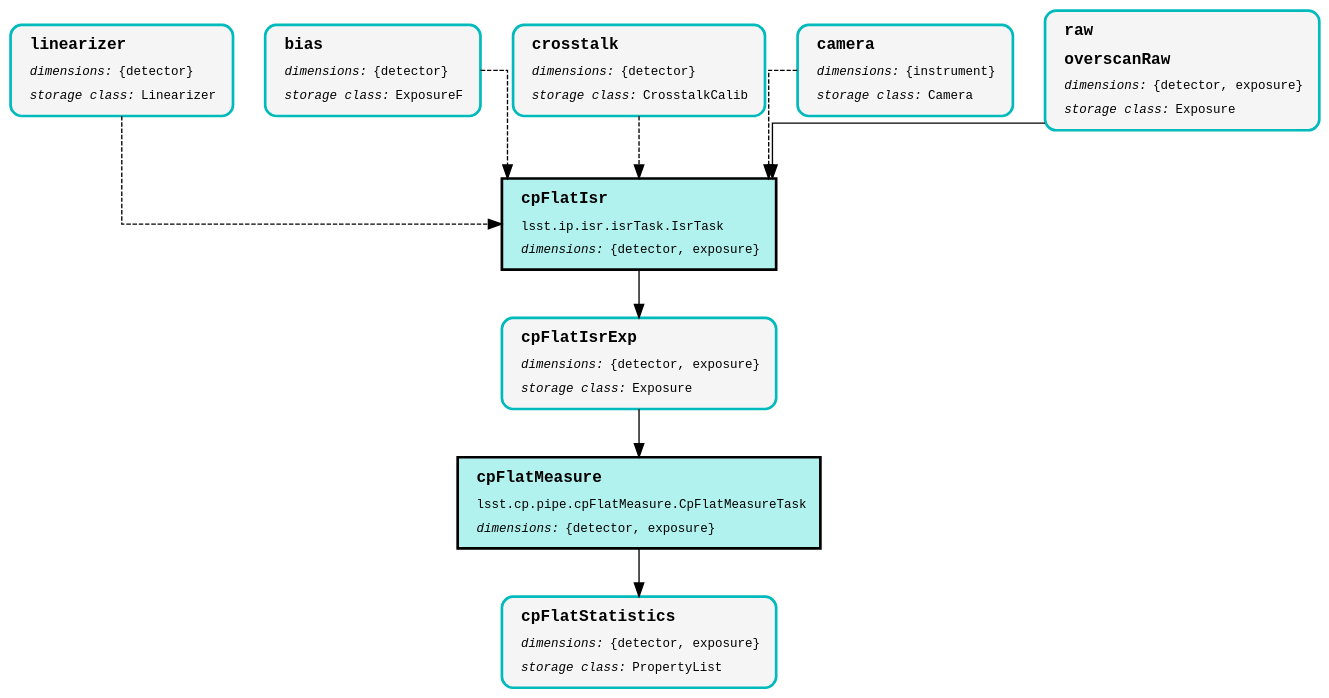
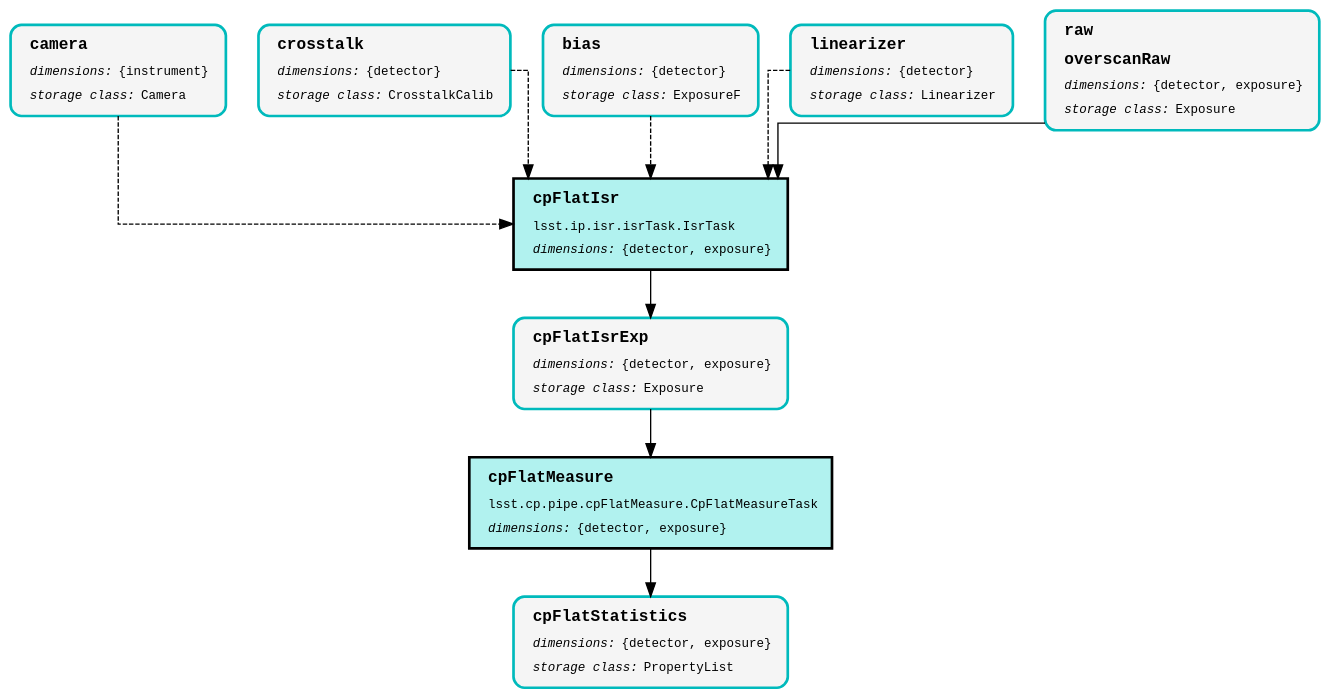
Before and after one commit to dirac-institute/proc-decam: the diagram in pipelines/flat/step1/pipeline.dot, drawn with Graphviz. The commit also changed other lines of this file and 125 other files, not shown here.

```diff
--- a/pipelines/flat/step1/pipeline.dot
+++ b/pipelines/flat/step1/pipeline.dot
@@ -1,22 +1,22 @@
 digraph Pipeline {
 graph [splines="ortho", nodesep="0.5", ranksep="0.75"];
 node [shape="box", fontname="Monospace", fontsize="14", margin="0.2,0.1", penwidth="3"];
 edge [color="black", arrowsize="1.5", penwidth="1.5", pad="10mm"];
 "cpFlatIsr:2" [style="filled", color="black", fillcolor="#B1F2EF", label=<<TABLE BORDER="0" CELLPADDING="5"><TR><TD ALIGN="LEFT"><B><FONT POINT-SIZE="18">cpFlatIsr</FONT></B></TD></TR><TR><TD ALIGN="LEFT">lsst.ip.isr.isrTask.IsrTask</TD></TR><TR><TD ALIGN="LEFT"><I>dimensions:</I>&nbsp;{detector, exposure}</TD></TR></TABLE>>];
+"camera:0" [style="rounded,filled,bold", color="#00BABC", fillcolor="#F5F5F5", label=<<TABLE BORDER="0" CELLPADDING="5"><TR><TD ALIGN="LEFT"><B><FONT POINT-SIZE="18">camera</FONT></B></TD></TR><TR><TD ALIGN="LEFT"><I>dimensions:</I>&nbsp;{instrument}</TD></TR><TR><TD ALIGN="LEFT"><I>storage class:</I>&nbsp;Camera</TD></TR></TABLE>>];
+"crosstalk:0" [style="rounded,filled,bold", color="#00BABC", fillcolor="#F5F5F5", label=<<TABLE BORDER="0" CELLPADDING="5"><TR><TD ALIGN="LEFT"><B><FONT POINT-SIZE="18">crosstalk</FONT></B></TD></TR><TR><TD ALIGN="LEFT"><I>dimensions:</I>&nbsp;{detector}</TD></TR><TR><TD ALIGN="LEFT"><I>storage class:</I>&nbsp;CrosstalkCalib</TD></TR></TABLE>>];
+"bias:0" [style="rounded,filled,bold", color="#00BABC", fillcolor="#F5F5F5", label=<<TABLE BORDER="0" CELLPADDING="5"><TR><TD ALIGN="LEFT"><B><FONT POINT-SIZE="18">bias</FONT></B></TD></TR><TR><TD ALIGN="LEFT"><I>dimensions:</I>&nbsp;{detector}</TD></TR><TR><TD ALIGN="LEFT"><I>storage class:</I>&nbsp;ExposureF</TD></TR></TABLE>>];
 "linearizer:0" [style="rounded,filled,bold", color="#00BABC", fillcolor="#F5F5F5", label=<<TABLE BORDER="0" CELLPADDING="5"><TR><TD ALIGN="LEFT"><B><FONT POINT-SIZE="18">linearizer</FONT></B></TD></TR><TR><TD ALIGN="LEFT"><I>dimensions:</I>&nbsp;{detector}</TD></TR><TR><TD ALIGN="LEFT"><I>storage class:</I>&nbsp;Linearizer</TD></TR></TABLE>>];
-"bias:0" [style="rounded,filled,bold", color="#00BABC", fillcolor="#F5F5F5", label=<<TABLE BORDER="0" CELLPADDING="5"><TR><TD ALIGN="LEFT"><B><FONT POINT-SIZE="18">bias</FONT></B></TD></TR><TR><TD ALIGN="LEFT"><I>dimensions:</I>&nbsp;{detector}</TD></TR><TR><TD ALIGN="LEFT"><I>storage class:</I>&nbsp;ExposureF</TD></TR></TABLE>>];
-"crosstalk:0" [style="rounded,filled,bold", color="#00BABC", fillcolor="#F5F5F5", label=<<TABLE BORDER="0" CELLPADDING="5"><TR><TD ALIGN="LEFT"><B><FONT POINT-SIZE="18">crosstalk</FONT></B></TD></TR><TR><TD ALIGN="LEFT"><I>dimensions:</I>&nbsp;{detector}</TD></TR><TR><TD ALIGN="LEFT"><I>storage class:</I>&nbsp;CrosstalkCalib</TD></TR></TABLE>>];
-"camera:0" [style="rounded,filled,bold", color="#00BABC", fillcolor="#F5F5F5", label=<<TABLE BORDER="0" CELLPADDING="5"><TR><TD ALIGN="LEFT"><B><FONT POINT-SIZE="18">camera</FONT></B></TD></TR><TR><TD ALIGN="LEFT"><I>dimensions:</I>&nbsp;{instrument}</TD></TR><TR><TD ALIGN="LEFT"><I>storage class:</I>&nbsp;Camera</TD></TR></TABLE>>];
 "cpFlatIsrExp:0" [style="rounded,filled,bold", color="#00BABC", fillcolor="#F5F5F5", label=<<TABLE BORDER="0" CELLPADDING="5"><TR><TD ALIGN="LEFT"><B><FONT POINT-SIZE="18">cpFlatIsrExp</FONT></B></TD></TR><TR><TD ALIGN="LEFT"><I>dimensions:</I>&nbsp;{detector, exposure}</TD></TR><TR><TD ALIGN="LEFT"><I>storage class:</I>&nbsp;Exposure</TD></TR></TABLE>>];
 "cpFlatMeasure:2" [style="filled", color="black", fillcolor="#B1F2EF", label=<<TABLE BORDER="0" CELLPADDING="5"><TR><TD ALIGN="LEFT"><B><FONT POINT-SIZE="18">cpFlatMeasure</FONT></B></TD></TR><TR><TD ALIGN="LEFT">lsst.cp.pipe.cpFlatMeasure.CpFlatMeasureTask</TD></TR><TR><TD ALIGN="LEFT"><I>dimensions:</I>&nbsp;{detector, exposure}</TD></TR></TABLE>>];
 "cpFlatStatistics:0" [style="rounded,filled,bold", color="#00BABC", fillcolor="#F5F5F5", label=<<TABLE BORDER="0" CELLPADDING="5"><TR><TD ALIGN="LEFT"><B><FONT POINT-SIZE="18">cpFlatStatistics</FONT></B></TD></TR><TR><TD ALIGN="LEFT"><I>dimensions:</I>&nbsp;{detector, exposure}</TD></TR><TR><TD ALIGN="LEFT"><I>storage class:</I>&nbsp;PropertyList</TD></TR></TABLE>>];
 "998e6c26:0" [style="rounded,filled,bold", color="#00BABC", fillcolor="#F5F5F5", label=<<TABLE BORDER="0" CELLPADDING="5"><TR><TD ALIGN="LEFT"><B><FONT POINT-SIZE="18">raw</FONT></B></TD></TR><TR><TD ALIGN="LEFT"><B><FONT POINT-SIZE="18">overscanRaw</FONT></B></TD></TR><TR><TD ALIGN="LEFT"><I>dimensions:</I>&nbsp;{detector, exposure}</TD></TR><TR><TD ALIGN="LEFT"><I>storage class:</I>&nbsp;Exposure</TD></TR></TABLE>>];
 "cpFlatIsr:2" -> "cpFlatIsrExp:0";
+"camera:0" -> "cpFlatIsr:2" [style="dashed"];
+"crosstalk:0" -> "cpFlatIsr:2" [style="dashed"];
+"bias:0" -> "cpFlatIsr:2" [style="dashed"];
 "linearizer:0" -> "cpFlatIsr:2" [style="dashed"];
-"bias:0" -> "cpFlatIsr:2" [style="dashed"];
-"crosstalk:0" -> "cpFlatIsr:2" [style="dashed"];
-"camera:0" -> "cpFlatIsr:2" [style="dashed"];
 "cpFlatIsrExp:0" -> "cpFlatMeasure:2";
 "cpFlatMeasure:2" -> "cpFlatStatistics:0";
 "998e6c26:0" -> "cpFlatIsr:2";
 }
```
